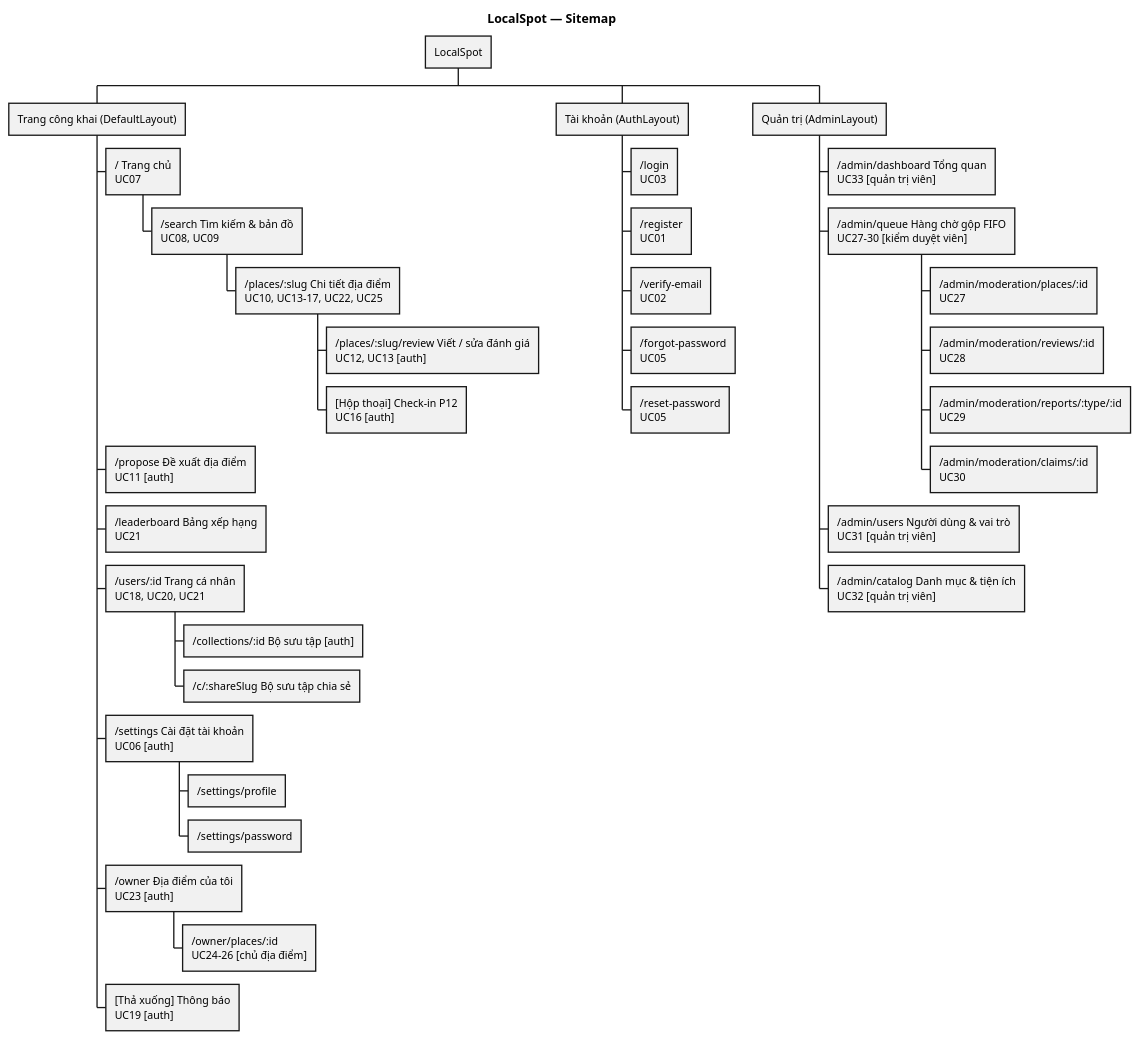
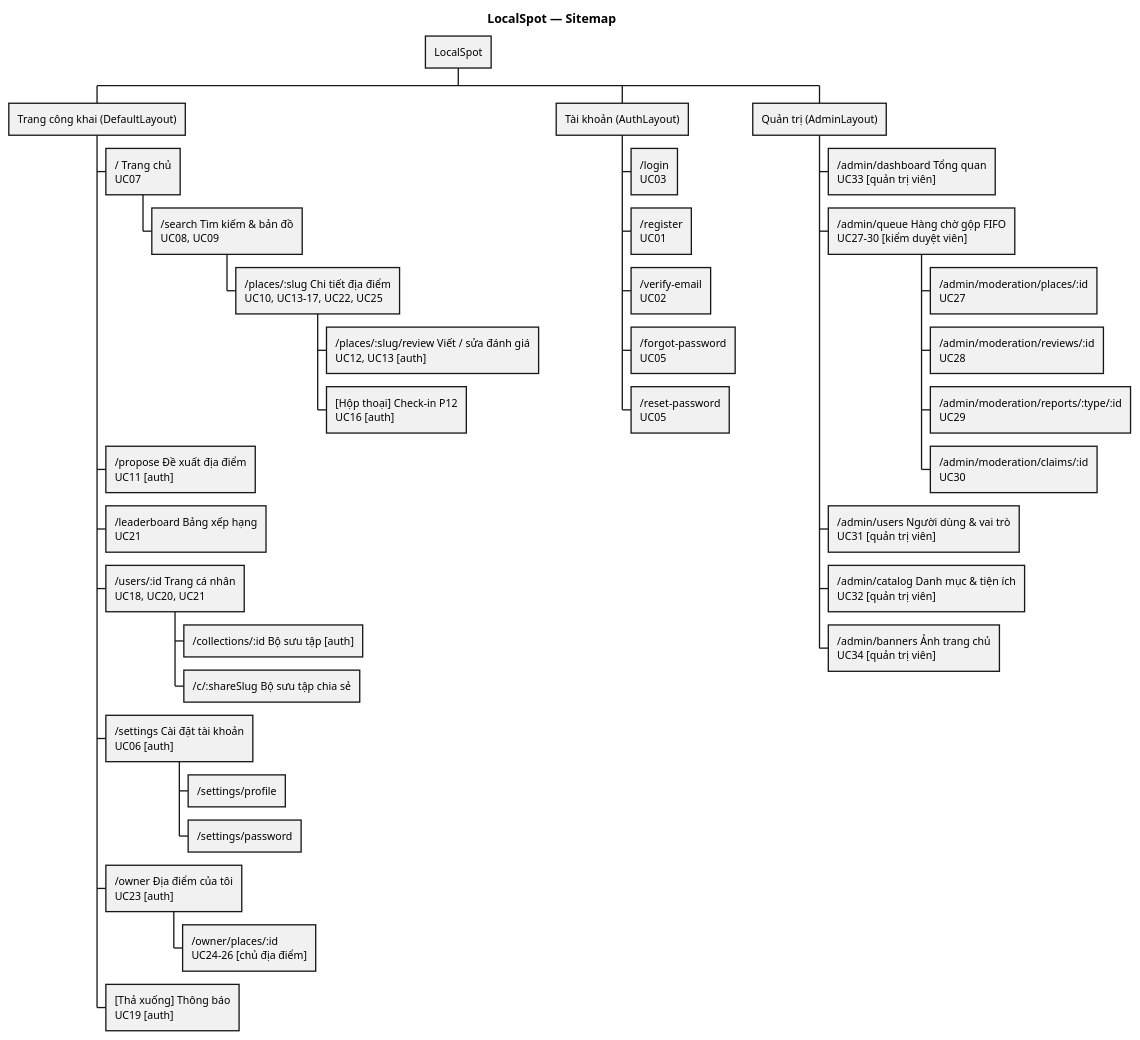
One commit to hiepfre3101/local-spot changed the diagram in docs/diagrams/sitemap.puml. Above: the diagram before and after it, drawn with PlantUML. The commit also changed 14 other files, not shown here.

First line of the commit message:
docs(diagrams): sync diagrams with V5/V6 and add architecture diagram

```diff
--- a/docs/diagrams/sitemap.puml
+++ b/docs/diagrams/sitemap.puml
@@ -1,38 +1,39 @@
 @startwbs sitemap
 ' Sitemap frontend — chi tiết route, quyền, UC: docs/design/sitemap.md
 title LocalSpot — Sitemap
 
 * LocalSpot
 ** Trang công khai (DefaultLayout)
 *** / Trang chủ\nUC07
 **** /search Tìm kiếm & bản đồ\nUC08, UC09
 ***** /places/:slug Chi tiết địa điểm\nUC10, UC13–17, UC22, UC25
 ****** /places/:slug/review Viết / sửa đánh giá\nUC12, UC13 [auth]
 ****** [Hộp thoại] Check-in P12\nUC16 [auth]
 *** /propose Đề xuất địa điểm\nUC11 [auth]
 *** /leaderboard Bảng xếp hạng\nUC21
 *** /users/:id Trang cá nhân\nUC18, UC20, UC21
 **** /collections/:id Bộ sưu tập [auth]
 **** /c/:shareSlug Bộ sưu tập chia sẻ
 *** /settings Cài đặt tài khoản\nUC06 [auth]
 **** /settings/profile
 **** /settings/password
 *** /owner Địa điểm của tôi\nUC23 [auth]
 **** /owner/places/:id\nUC24–26 [chủ địa điểm]
 *** [Thả xuống] Thông báo\nUC19 [auth]
 ** Tài khoản (AuthLayout)
 *** /login\nUC03
 *** /register\nUC01
 *** /verify-email\nUC02
 *** /forgot-password\nUC05
 *** /reset-password\nUC05
 ** Quản trị (AdminLayout)
 *** /admin/dashboard Tổng quan\nUC33 [quản trị viên]
 *** /admin/queue Hàng chờ gộp FIFO\nUC27–30 [kiểm duyệt viên]
 **** /admin/moderation/places/:id\nUC27
 **** /admin/moderation/reviews/:id\nUC28
 **** /admin/moderation/reports/:type/:id\nUC29
 **** /admin/moderation/claims/:id\nUC30
 *** /admin/users Người dùng & vai trò\nUC31 [quản trị viên]
 *** /admin/catalog Danh mục & tiện ích\nUC32 [quản trị viên]
+*** /admin/banners Ảnh trang chủ\nUC34 [quản trị viên]
 @endwbs
```
